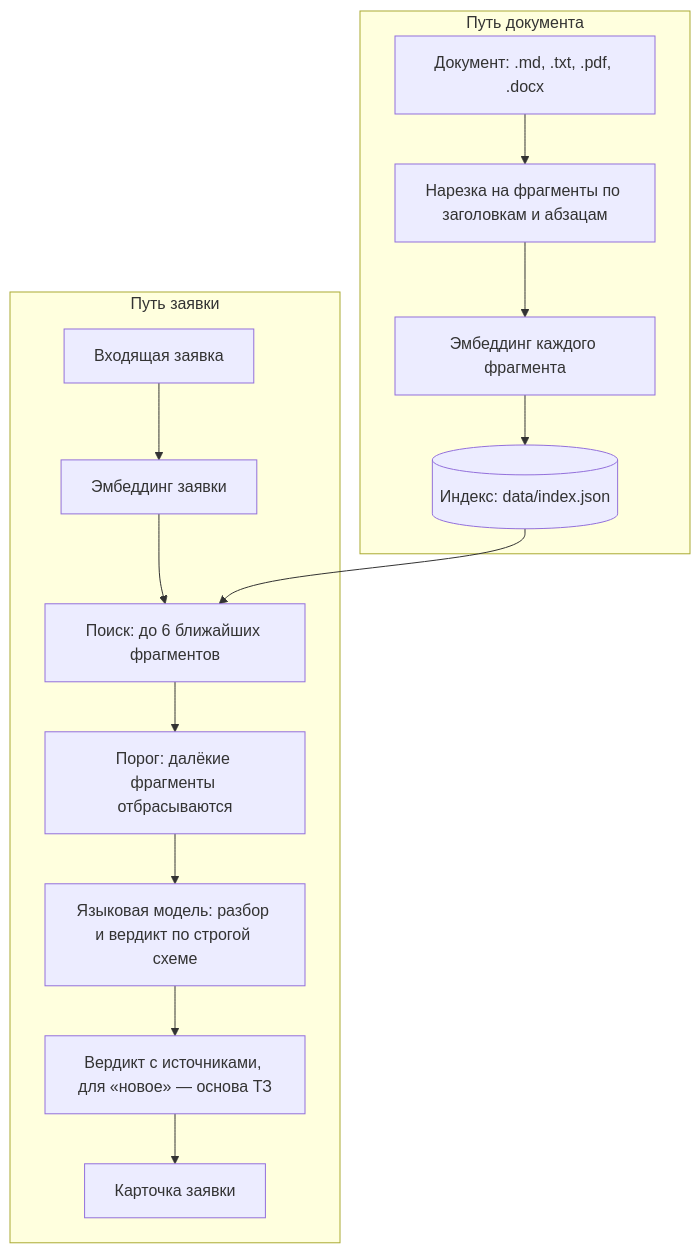
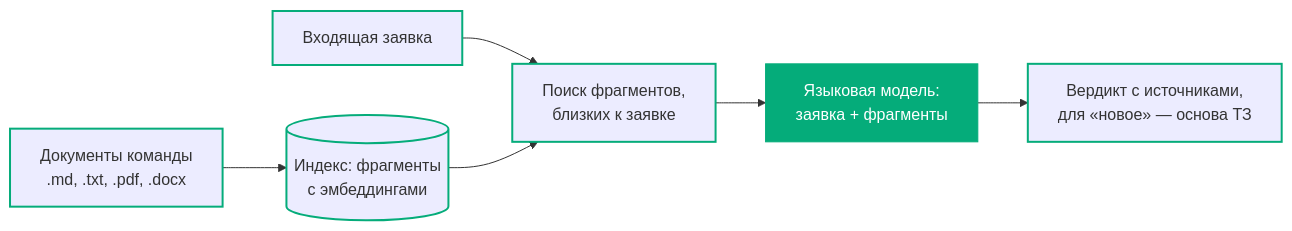
Before and after one commit to rockSPLS/wish2spec: the diagram in README.md, drawn with Mermaid. The commit also changed other lines of this file and 3 other files, not shown here.

````diff
--- a/README.md
+++ b/README.md
@@ -38,17 +36,12 @@
 ```mermaid
-flowchart TD
-  subgraph doc["Путь документа"]
-    D1["Документ: .md, .txt, .pdf, .docx"] --> D2["Нарезка на фрагменты по заголовкам и абзацам"]
-    D2 --> D3["Эмбеддинг каждого фрагмента"]
-    D3 --> D4[("Индекс: data/index.json")]
-  end
-  subgraph req["Путь заявки"]
-    R1["Входящая заявка"] --> R2["Эмбеддинг заявки"]
-    R2 --> R3["Поиск: до 6 ближайших фрагментов"]
-    R3 --> R4["Порог: далёкие фрагменты отбрасываются"]
-    R4 --> R5["Языковая модель: разбор и вердикт по строгой схеме"]
-    R5 --> R6["Вердикт с источниками, для «новое» — основа ТЗ"]
-    R6 --> R7["Карточка заявки"]
-  end
-  D4 --> R3
+flowchart LR
+  A["Документы команды<br/>.md, .txt, .pdf, .docx"] --> B[("Индекс: фрагменты<br/>с эмбеддингами")]
+  C["Входящая заявка"] --> D["Поиск фрагментов,<br/>близких к заявке"]
+  B --> D
+  D --> E["Языковая модель:<br/>заявка + фрагменты"]
+  E --> F["Вердикт с источниками,<br/>для «новое» — основа ТЗ"]
+  classDef step stroke:#05ac7a,stroke-width:2px
+  classDef ai fill:#05ac7a,stroke:#05ac7a,color:#ffffff
+  class A,B,C,D,F step
+  class E ai
 ```
````
